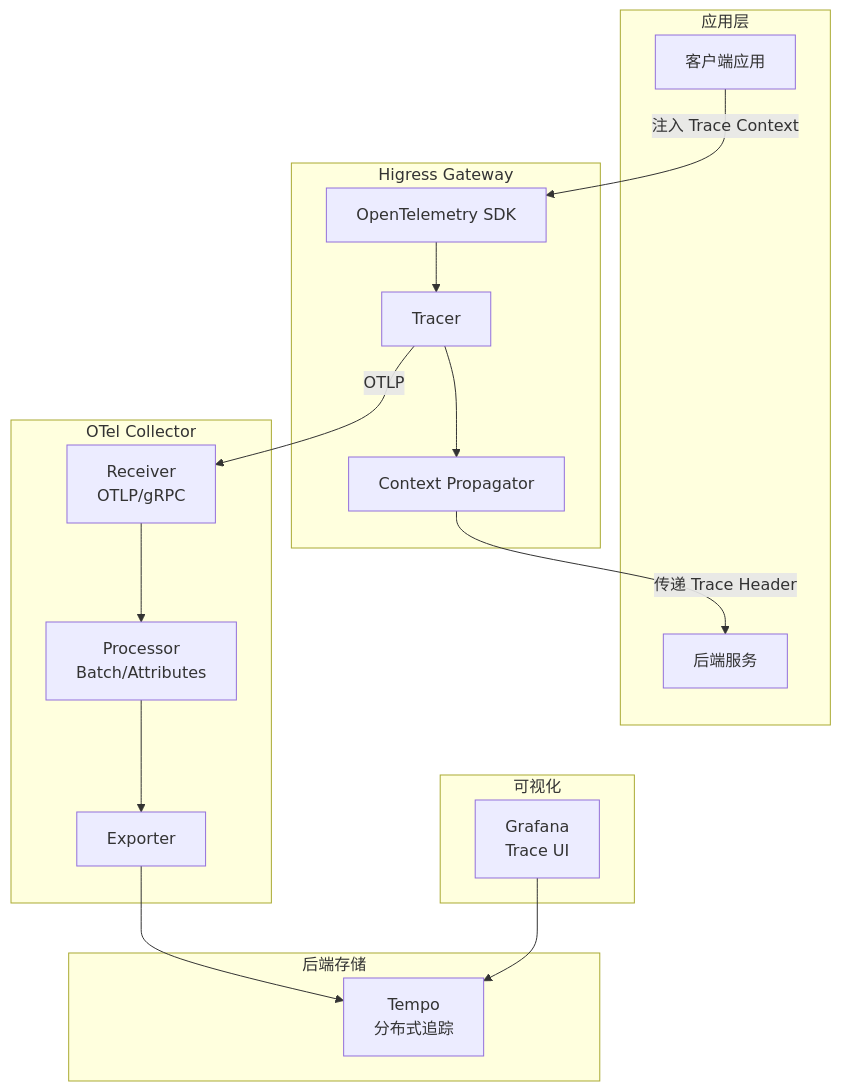
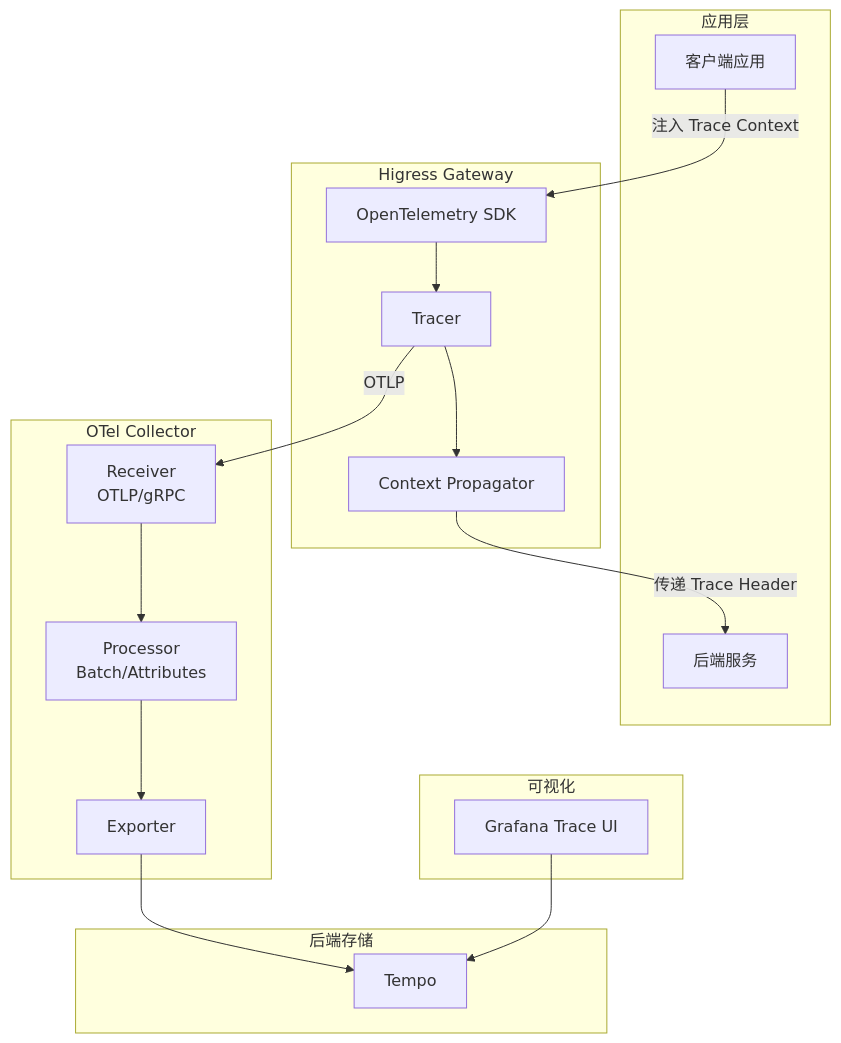
The fifth of 8 diagrams in src/content/docs/api-gateway/higress/79731151-higress-observability-architecture-guide.md (wssaidong/caishaodong.blog), drawn with Mermaid before and after one commit. The commit also changed other lines of this file and 1 other file, not shown here.

````diff
--- a/src/content/docs/api-gateway/higress/79731151-higress-observability-architecture-guide.md
+++ b/src/content/docs/api-gateway/higress/79731151-higress-observability-architecture-guide.md
@@ -1460,39 +699,39 @@
 ```mermaid
 flowchart TB
     subgraph "应用层"
         Client[客户端应用]
         Backend[后端服务]
     end
-    
+
     subgraph "Higress Gateway"
         OTelSDK[OpenTelemetry SDK]
         Tracer[Tracer]
         Propagator[Context Propagator]
     end
-    
+
     subgraph "OTel Collector"
         Receiver[Receiver<br/>OTLP/gRPC]
         Processor[Processor<br/>Batch/Attributes]
         Exporter[Exporter]
     end
-    
+
     subgraph "后端存储"
-        Tempo[Tempo<br/>分布式追踪]
+        Tempo[Tempo]
     end
-    
+
     subgraph "可视化"
-        Grafana[Grafana<br/>Trace UI]
+        Grafana[Grafana Trace UI]
     end
-    
+
     Client -->|注入 Trace Context| OTelSDK
     OTelSDK --> Tracer
     Tracer --> Propagator
     Propagator -->|传递 Trace Header| Backend
-    
+
     Tracer -->|OTLP| Receiver
     Receiver --> Processor
     Processor --> Exporter
     Exporter --> Tempo
-    
+
     Grafana --> Tempo
 ```
````
